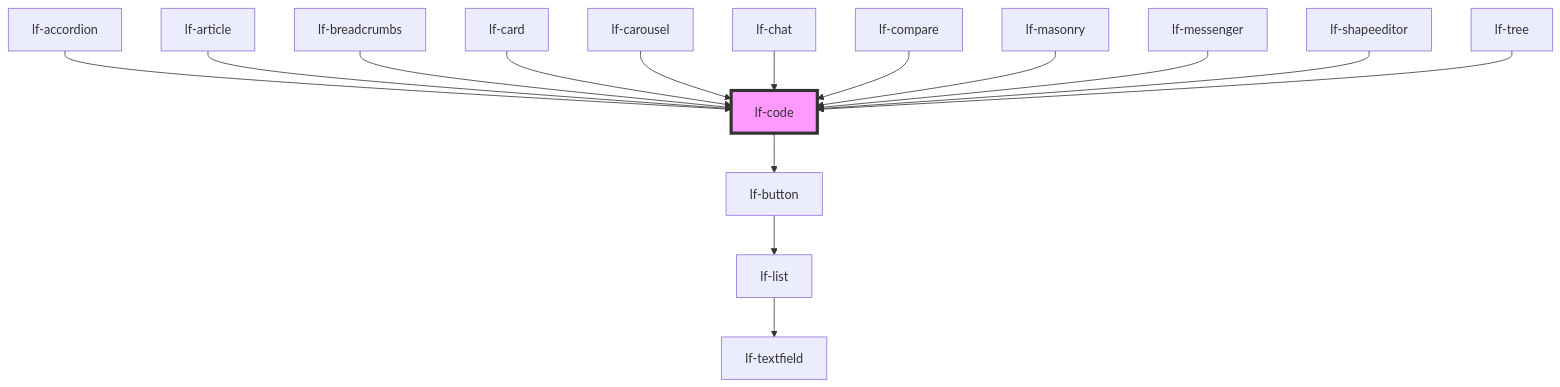
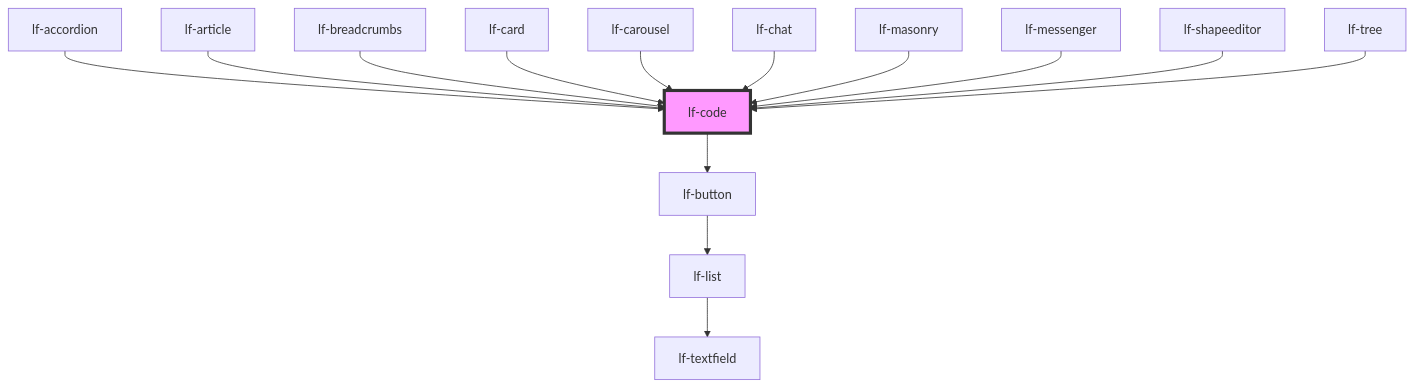
One commit to lucafoscili/lf-widgets changed the diagram in packages/core/src/components/lf-code/readme.md. Above: the diagram before and after it, drawn with Mermaid. The commit also changed other lines of this file and 191 other files, not shown here.

First line of the commit message:
chore: Refactor to functional component architecture for UI

````diff
--- a/packages/core/src/components/lf-code/readme.md
+++ b/packages/core/src/components/lf-code/readme.md
@@ -128,18 +128,17 @@
 ```mermaid
 graph TD;
   lf-code --> lf-button
   lf-button --> lf-list
   lf-list --> lf-textfield
   lf-accordion --> lf-code
   lf-article --> lf-code
   lf-breadcrumbs --> lf-code
   lf-card --> lf-code
   lf-carousel --> lf-code
   lf-chat --> lf-code
-  lf-compare --> lf-code
   lf-masonry --> lf-code
   lf-messenger --> lf-code
   lf-shapeeditor --> lf-code
   lf-tree --> lf-code
   style lf-code fill:#f9f,stroke:#333,stroke-width:4px
 ```
````
